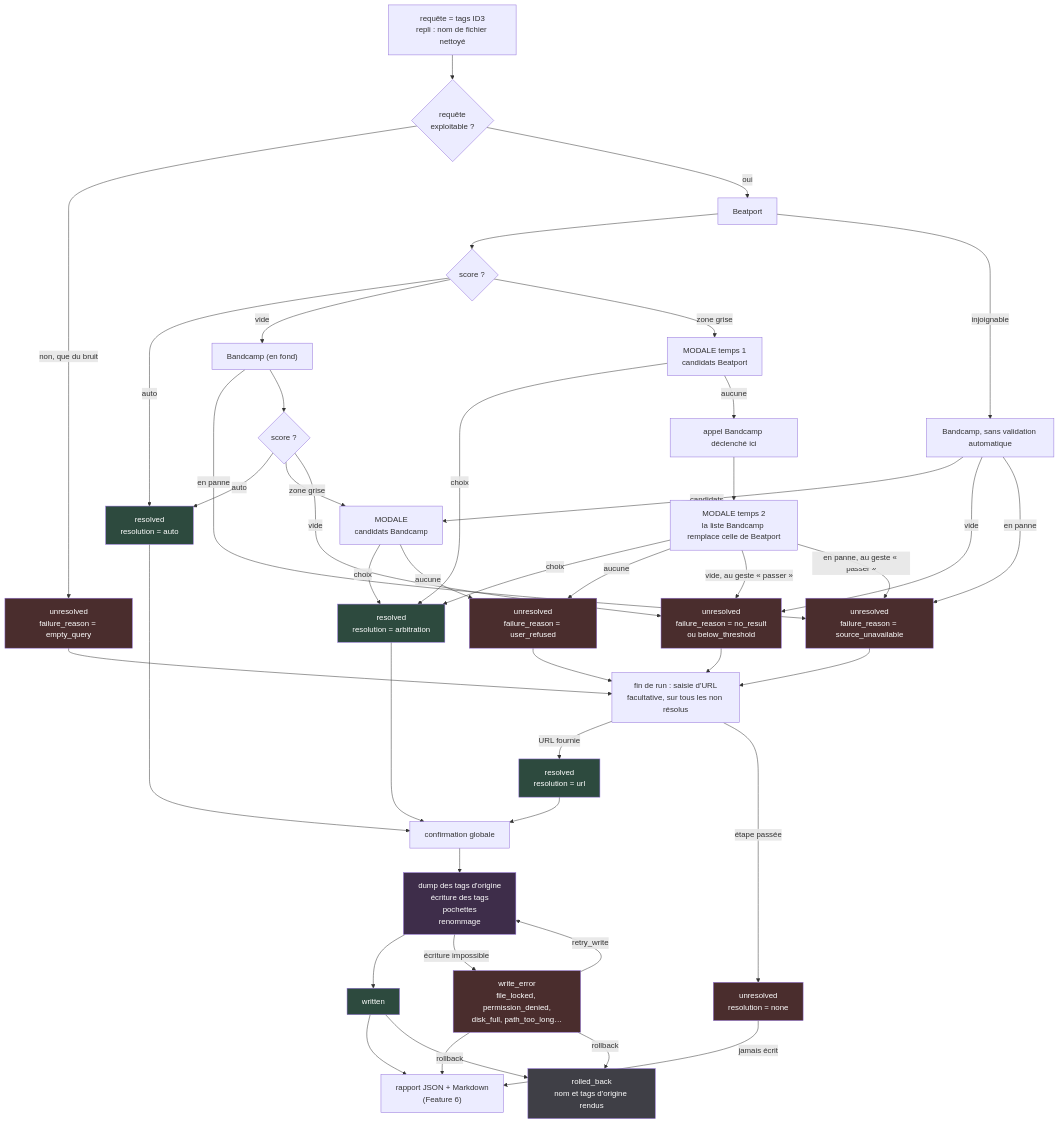
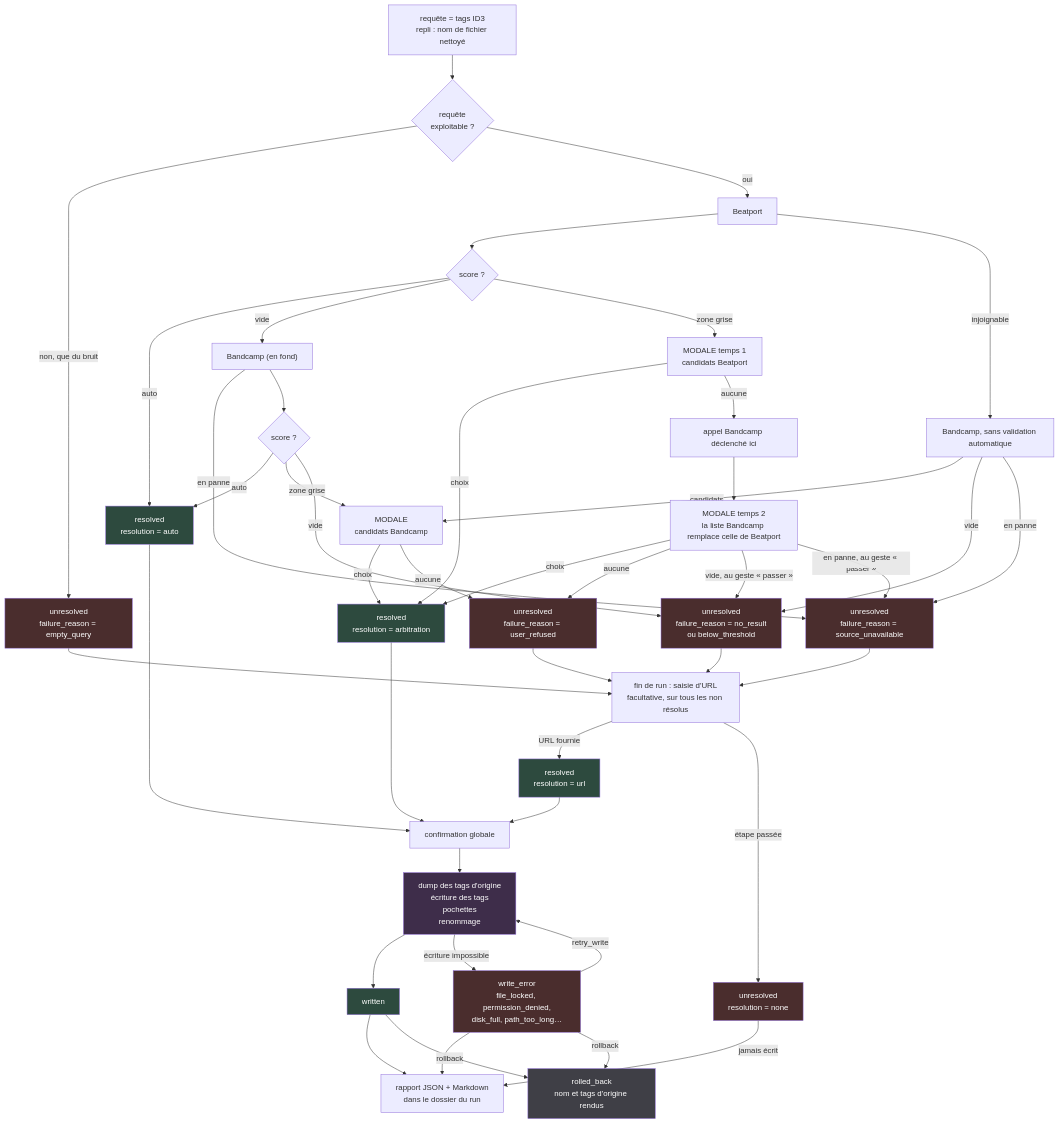
The second of 5 diagrams in docs/ARCHITECTURE.md (thibaud57/techno-tagger), drawn with Mermaid before and after one commit. The commit also changed other lines of this file and 456 other files, not shown here.

First line of the commit message:
feat: plan de run, reprise d'un run interrompu et rapport de re-tagging (#71)

````diff
--- a/docs/ARCHITECTURE.md
+++ b/docs/ARCHITECTURE.md
@@ -265,63 +252,63 @@
 ```mermaid
 flowchart TD
     q["requête = tags ID3<br/>repli : nom de fichier nettoyé"] --> exp{"requête<br/>exploitable ?"}
     exp -->|"non, que du bruit"| koq["unresolved<br/>failure_reason = empty_query"]
     exp -->|"oui"| bp["Beatport"]
     bp --> bpauto{"score ?"}
     bpauto -->|"auto"| oka["resolved<br/>resolution = auto"]
     bpauto -->|"vide"| bc["Bandcamp (en fond)"]
     bpauto -->|"zone grise"| m1["MODALE temps 1<br/>candidats Beatport"]
     bp -->|"injoignable"| bcp["Bandcamp, sans validation automatique"]
     bcp -->|"candidats"| m3
     bcp -->|"vide"| kon
     bcp -->|"en panne"| kos["unresolved<br/>failure_reason = source_unavailable"]
     bc -->|"en panne"| kos
     kos --> url
 
     m1 -->|"choix"| okb["resolved<br/>resolution = arbitration"]
     m1 -->|"aucune"| bcd["appel Bandcamp déclenché ici"]
     bcd --> m2["MODALE temps 2<br/>la liste Bandcamp remplace celle de Beatport"]
     m2 -->|"choix"| okb
     m2 -->|"aucune"| kou["unresolved<br/>failure_reason = user_refused"]
     m2 -->|"vide, au geste « passer »"| kon["unresolved<br/>failure_reason = no_result<br/>ou below_threshold"]
     m2 -->|"en panne, au geste « passer »"| kos
 
     bc --> bcauto{"score ?"}
     bcauto -->|"auto"| oka
     bcauto -->|"zone grise"| m3["MODALE<br/>candidats Bandcamp"]
     bcauto -->|"vide"| kon
     m3 -->|"choix"| okb
     m3 -->|"aucune"| kou
 
     koq --> url["fin de run : saisie d'URL<br/>facultative, sur tous les non résolus"]
     kon --> url
     kou --> url
     url -->|"URL fournie"| okc["resolved<br/>resolution = url"]
     url -->|"étape passée"| kof["unresolved<br/>resolution = none"]
 
     oka --> conf["confirmation globale"]
     okb --> conf
     okc --> conf
     kof -->|"jamais écrit"| rep
     conf --> w["dump des tags d'origine<br/>écriture des tags<br/>pochettes<br/>renommage"]
     w --> ws["written"]
     w -->|"écriture impossible"| we["write_error<br/>file_locked, permission_denied,<br/>disk_full, path_too_long…"]
-    ws --> rep["rapport JSON + Markdown<br/>(Feature 6)"]
+    ws --> rep["rapport JSON + Markdown<br/>dans le dossier du run"]
     we --> rep
     we -->|"retry_write"| w
     ws -->|"rollback"| rb["rolled_back<br/>nom et tags d'origine rendus"]
     we -->|"rollback"| rb
 
     style oka fill:#2d4a3e,color:#fff
     style okb fill:#2d4a3e,color:#fff
     style okc fill:#2d4a3e,color:#fff
     style ws fill:#2d4a3e,color:#fff
     style koq fill:#4a2d2d,color:#fff
     style kon fill:#4a2d2d,color:#fff
     style kou fill:#4a2d2d,color:#fff
     style kof fill:#4a2d2d,color:#fff
     style kos fill:#4a2d2d,color:#fff
     style we fill:#4a2d2d,color:#fff
     style rb fill:#3f3f46,color:#fff
     style w fill:#3e2d4a,color:#fff
 ```
````
